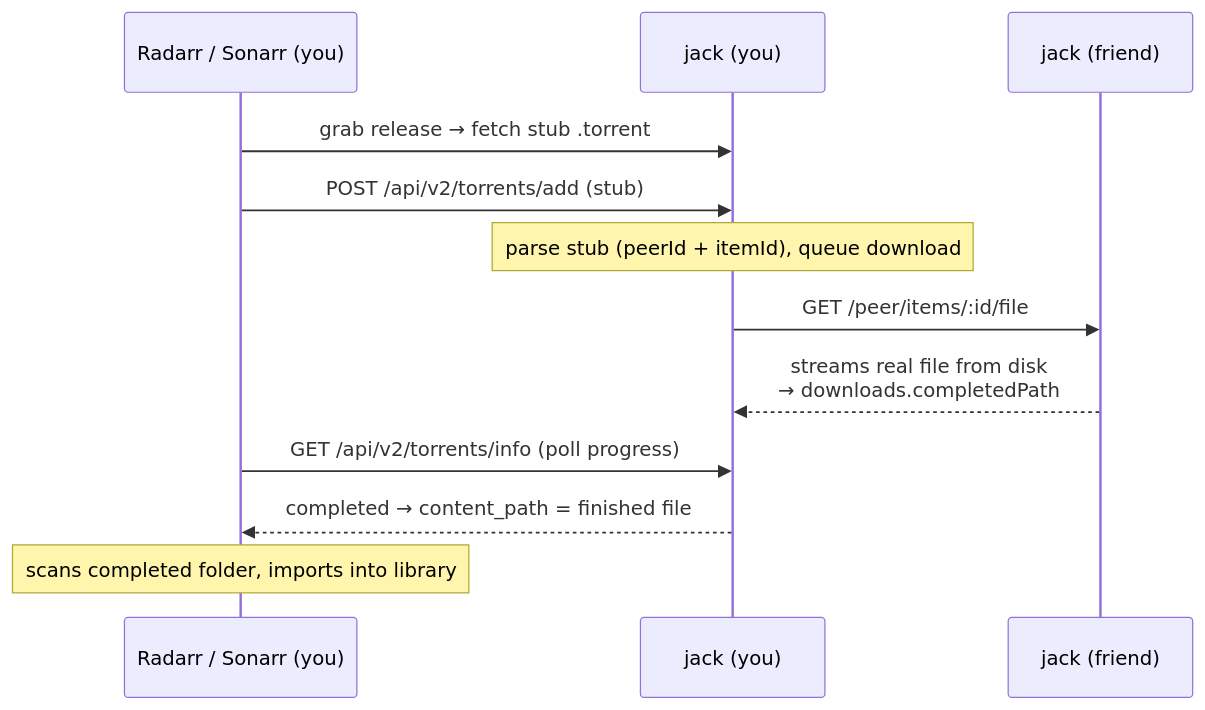
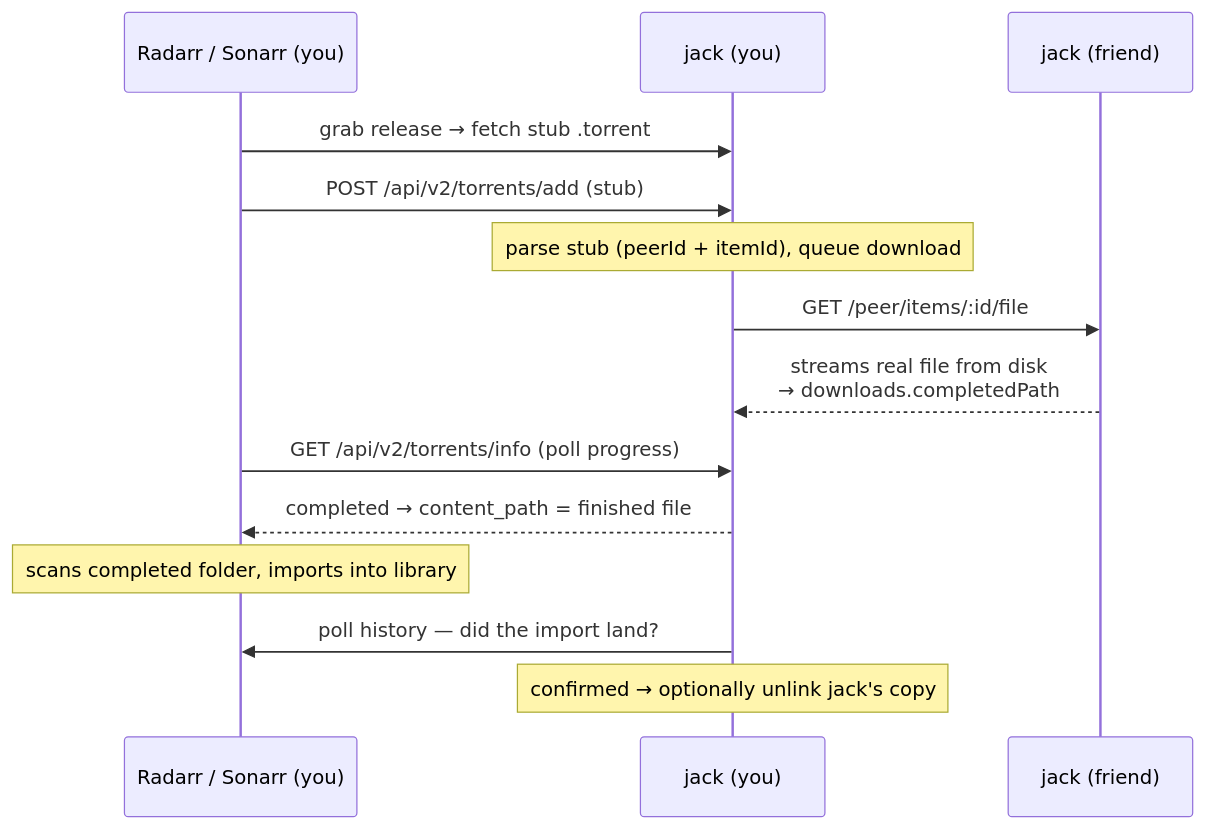
One commit to roziscoding/jack changed the second of 2 diagrams in website/guide/how-it-works.md. Above: the diagram before and after it, drawn with Mermaid. The commit also changed other lines of this file and 4 other files, not shown here.

````diff
--- a/website/guide/how-it-works.md
+++ b/website/guide/how-it-works.md
@@ -53,15 +53,17 @@
 ```mermaid
 sequenceDiagram
     participant ARR as Radarr / Sonarr (you)
     participant JACK as jack (you)
     participant FJACK as jack (friend)
 
     ARR->>JACK: grab release → fetch stub .torrent
     ARR->>JACK: POST /api/v2/torrents/add (stub)
     Note over JACK: parse stub (peerId + itemId), queue download
     JACK->>FJACK: GET /peer/items/:id/file
     FJACK-->>JACK: streams real file from disk<br/>→ downloads.completedPath
     ARR->>JACK: GET /api/v2/torrents/info (poll progress)
     JACK-->>ARR: completed → content_path = finished file
     Note over ARR: scans completed folder, imports into library
+    JACK->>ARR: poll history — did the import land?
+    Note over JACK: confirmed → optionally unlink jack's copy
 ```
````
